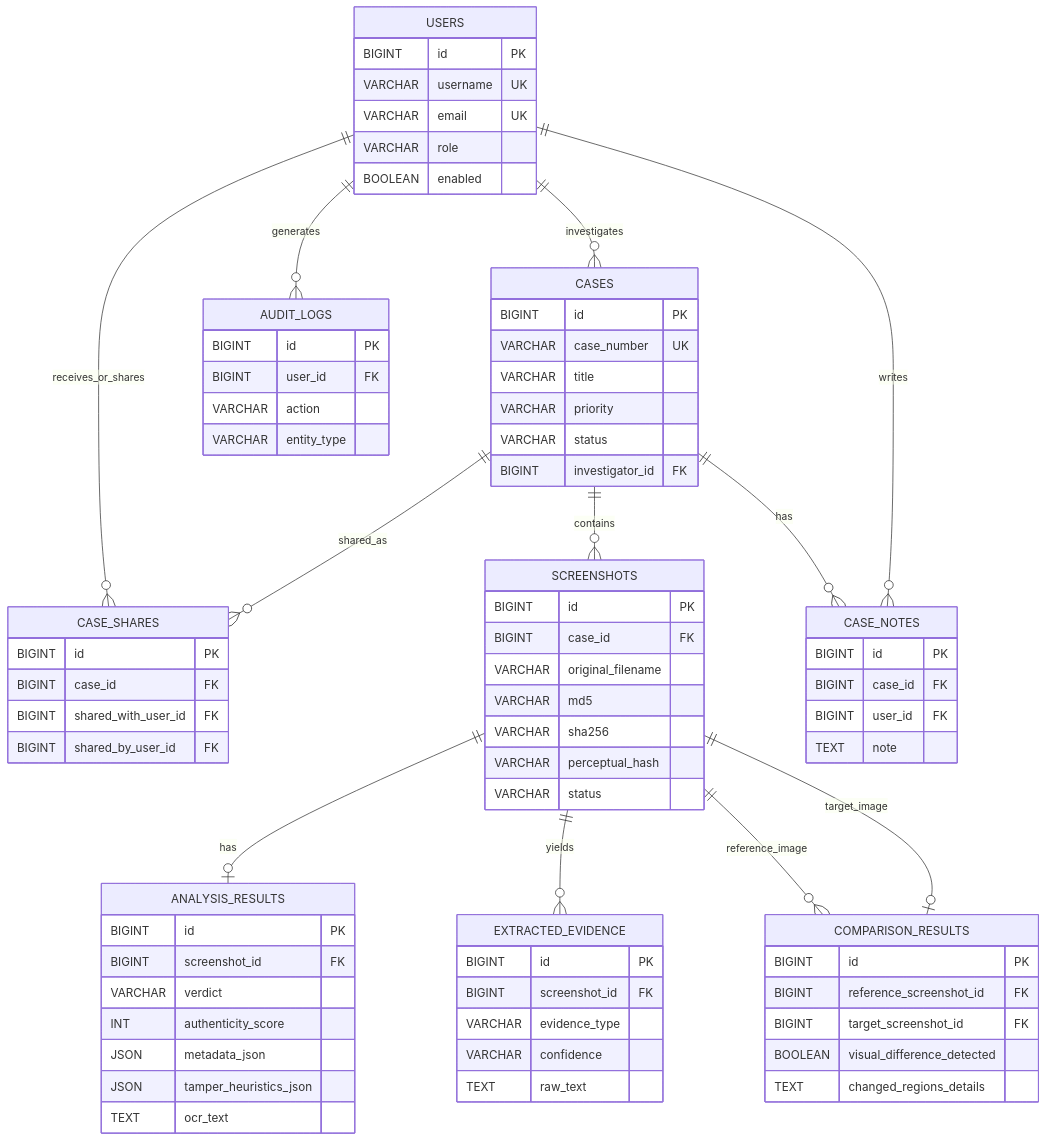
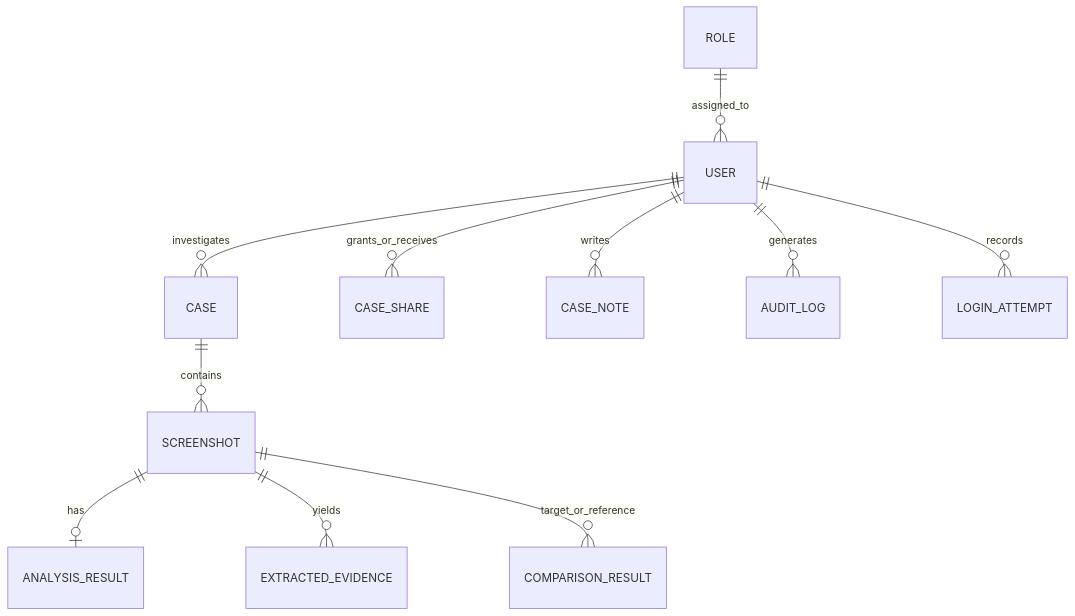
One commit to RohitSuthar01/Digital-Forensic-Screenshot-Analyzer changed the first of 2 diagrams in README.md. Above: the diagram before and after it, drawn with Mermaid. The commit also changed other lines of this file and 3 other files, not shown here.

````diff
--- a/README.md
+++ b/README.md
@@ -163,80 +143,13 @@
 ```mermaid
 erDiagram
-    USERS ||--o{ CASES : investigates
-    USERS ||--o{ CASE_SHARES : receives_or_shares
-    CASES ||--o{ CASE_SHARES : shared_as
-    CASES ||--o{ SCREENSHOTS : contains
-    SCREENSHOTS ||--o| ANALYSIS_RESULTS : has
-    SCREENSHOTS ||--o{ EXTRACTED_EVIDENCE : yields
-    CASES ||--o{ CASE_NOTES : has
-    USERS ||--o{ CASE_NOTES : writes
-    USERS ||--o{ AUDIT_LOGS : generates
-    SCREENSHOTS ||--o{ COMPARISON_RESULTS : reference_image
-    SCREENSHOTS ||--o| COMPARISON_RESULTS : target_image
-
-    USERS {
-        BIGINT id PK
-        VARCHAR username UK
-        VARCHAR email UK
-        VARCHAR role
-        BOOLEAN enabled
-    }
-    CASES {
-        BIGINT id PK
-        VARCHAR case_number UK
-        VARCHAR title
-        VARCHAR priority
-        VARCHAR status
-        BIGINT investigator_id FK
-    }
-    SCREENSHOTS {
-        BIGINT id PK
-        BIGINT case_id FK
-        VARCHAR original_filename
-        VARCHAR md5
-        VARCHAR sha256
-        VARCHAR perceptual_hash
-        VARCHAR status
-    }
-    ANALYSIS_RESULTS {
-        BIGINT id PK
-        BIGINT screenshot_id FK
-        VARCHAR verdict
-        INT authenticity_score
-        JSON metadata_json
-        JSON tamper_heuristics_json
-        TEXT ocr_text
-    }
-    EXTRACTED_EVIDENCE {
-        BIGINT id PK
-        BIGINT screenshot_id FK
-        VARCHAR evidence_type
-        VARCHAR confidence
-        TEXT raw_text
-    }
-    CASE_SHARES {
-        BIGINT id PK
-        BIGINT case_id FK
-        BIGINT shared_with_user_id FK
-        BIGINT shared_by_user_id FK
-    }
-    CASE_NOTES {
-        BIGINT id PK
-        BIGINT case_id FK
-        BIGINT user_id FK
-        TEXT note
-    }
-    AUDIT_LOGS {
-        BIGINT id PK
-        BIGINT user_id FK
-        VARCHAR action
-        VARCHAR entity_type
-    }
-    COMPARISON_RESULTS {
-        BIGINT id PK
-        BIGINT reference_screenshot_id FK
-        BIGINT target_screenshot_id FK
-        BOOLEAN visual_difference_detected
-        TEXT changed_regions_details
-    }
+    USER ||--o{ CASE : investigates
+    USER ||--o{ CASE_SHARE : grants_or_receives
+    CASE ||--o{ SCREENSHOT : contains
+    SCREENSHOT ||--o| ANALYSIS_RESULT : has
+    SCREENSHOT ||--o{ EXTRACTED_EVIDENCE : yields
+    SCREENSHOT ||--o{ COMPARISON_RESULT : target_or_reference
+    USER ||--o{ CASE_NOTE : writes
+    USER ||--o{ AUDIT_LOG : generates
+    USER ||--o{ LOGIN_ATTEMPT : records
+    ROLE ||--o{ USER : assigned_to
 ```
````
